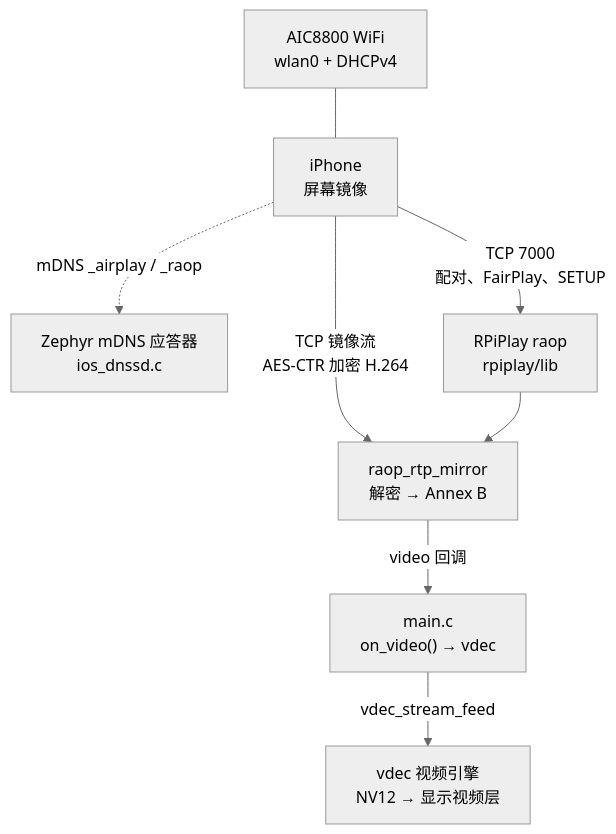
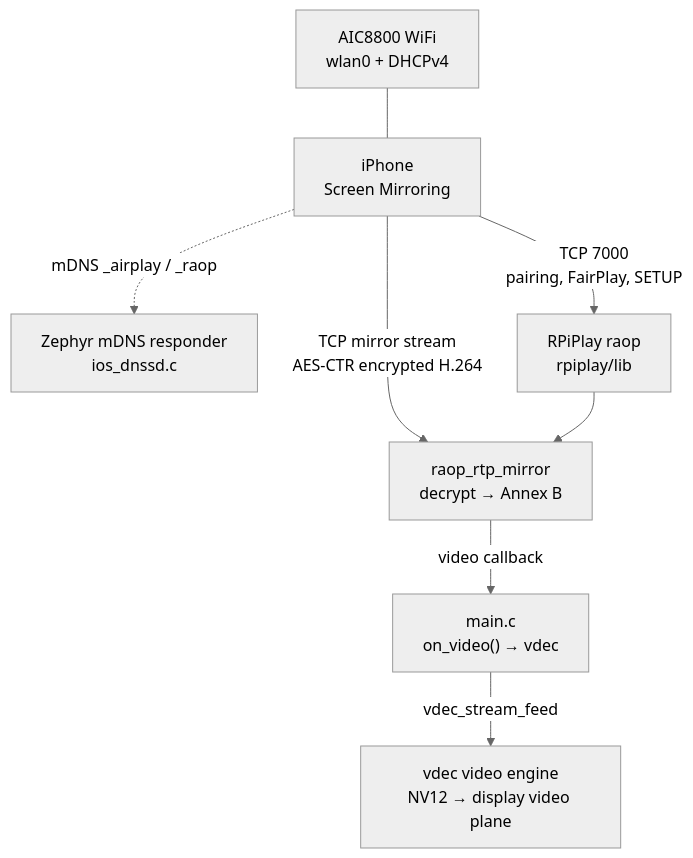
Before and after one commit to YuzukiHD/YuzukiNeko: the first of 3 diagrams in docs/src/content/docs/dev/zephyr/apps/ios-mirror.md, drawn with Mermaid (neutral theme). The commit also changed other lines of this file and 216 other files, not shown here.

````diff
--- a/docs/src/content/docs/dev/zephyr/apps/ios-mirror.md
+++ b/docs/src/content/docs/dev/zephyr/apps/ios-mirror.md
@@ -9,10 +9,10 @@
 ```mermaid
 flowchart TB
-    WIFI["AIC8800 WiFi<br/>wlan0 + DHCPv4"] --- PHONE["iPhone<br/>屏幕镜像"]
-    PHONE -.->|"mDNS _airplay / _raop"| MDNS["Zephyr mDNS 应答器<br/>ios_dnssd.c"]
-    PHONE -->|"TCP 7000<br/>配对、FairPlay、SETUP"| RAOP["RPiPlay raop<br/>rpiplay/lib"]
-    PHONE -->|"TCP 镜像流<br/>AES-CTR 加密 H.264"| RTPM["raop_rtp_mirror<br/>解密 → Annex B"]
+    WIFI["AIC8800 WiFi<br/>wlan0 + DHCPv4"] --- PHONE["iPhone<br/>Screen Mirroring"]
+    PHONE -.->|"mDNS _airplay / _raop"| MDNS["Zephyr mDNS responder<br/>ios_dnssd.c"]
+    PHONE -->|"TCP 7000<br/>pairing, FairPlay, SETUP"| RAOP["RPiPlay raop<br/>rpiplay/lib"]
+    PHONE -->|"TCP mirror stream<br/>AES-CTR encrypted H.264"| RTPM["raop_rtp_mirror<br/>decrypt → Annex B"]
     RAOP --> RTPM
-    RTPM -->|"video 回调"| APP["main.c<br/>on_video() → vdec"]
-    APP -->|"vdec_stream_feed"| VDEC["vdec 视频引擎<br/>NV12 → 显示视频层"]
+    RTPM -->|"video callback"| APP["main.c<br/>on_video() → vdec"]
+    APP -->|"vdec_stream_feed"| VDEC["vdec video engine<br/>NV12 → display video plane"]
 ```
````
